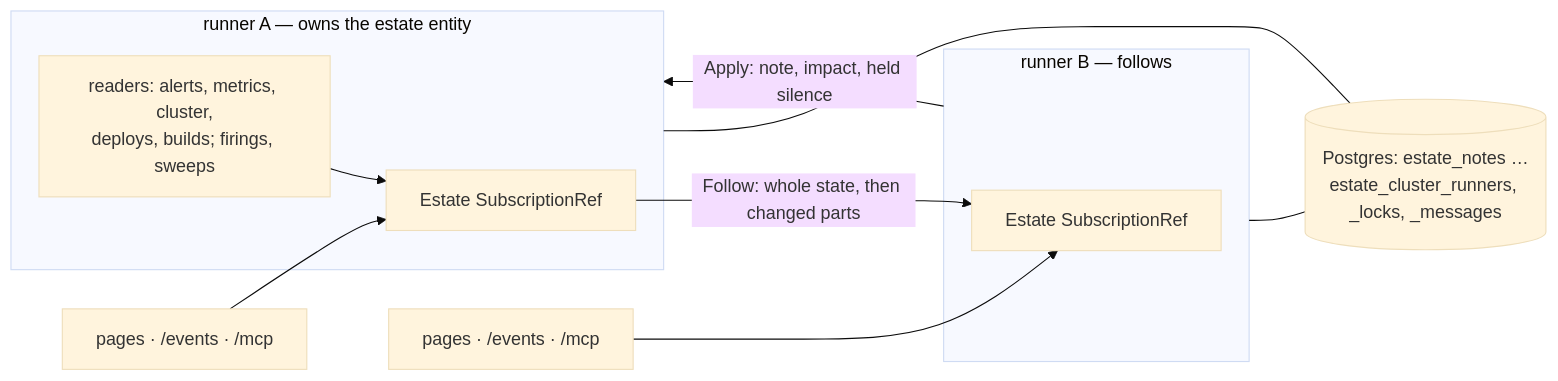
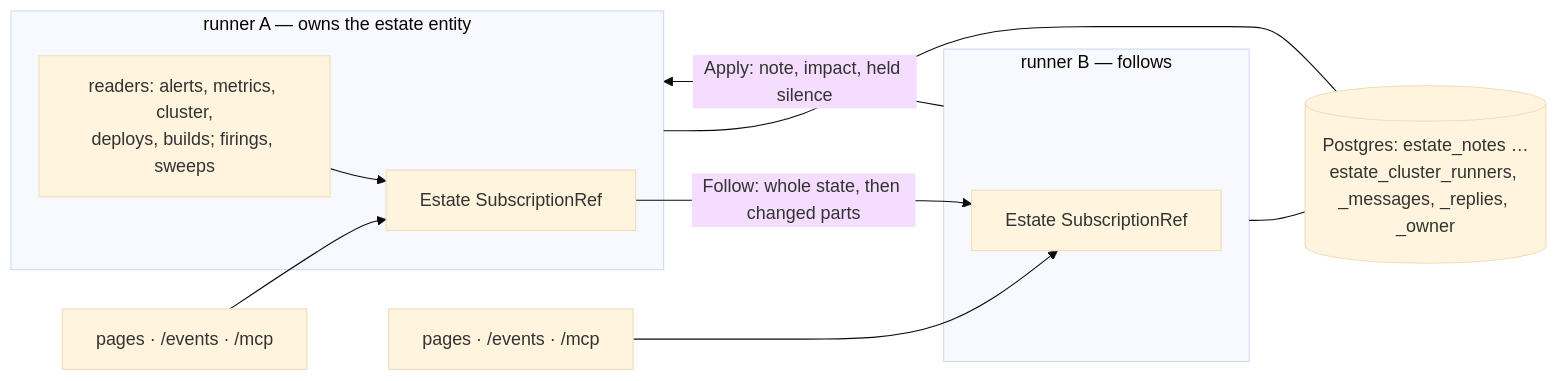
Before and after one commit to matthewjones372/estate: the diagram in specs/0026-one-read-many-pages.md, drawn with Mermaid (base theme). The commit also changed other lines of this file and 38 other files, not shown here.

````diff
--- a/specs/0026-one-read-many-pages.md
+++ b/specs/0026-one-read-many-pages.md
@@ -62,18 +64,18 @@
 ```mermaid
 flowchart LR
   subgraph owner["runner A — owns the estate entity"]
     readers["readers: alerts, metrics, cluster,<br/>deploys, builds; firings, sweeps"]
     stateA["Estate SubscriptionRef"]
     readers --> stateA
   end
   subgraph follower["runner B — follows"]
     stateB["Estate SubscriptionRef"]
   end
   stateA -- "Follow: whole state, then changed parts" --> stateB
   follower -- "Apply: note, impact, held silence" --> owner
-  pg[("Postgres: estate_notes …<br/>estate_cluster_runners, _locks, _messages")]
+  pg[("Postgres: estate_notes …<br/>estate_cluster_runners, _messages, _replies, _owner")]
   owner --- pg
   follower --- pg
   pagesA["pages · /events · /mcp"] --> stateA
   pagesB["pages · /events · /mcp"] --> stateB
 ```
````
